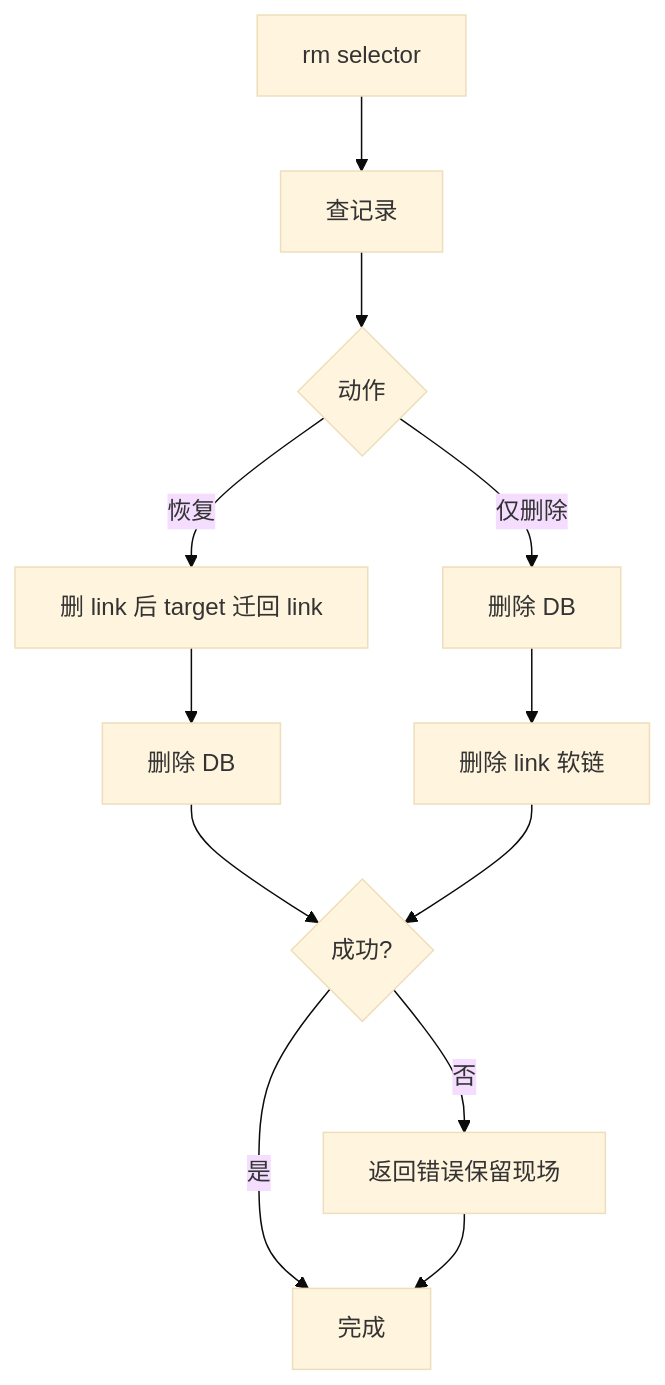
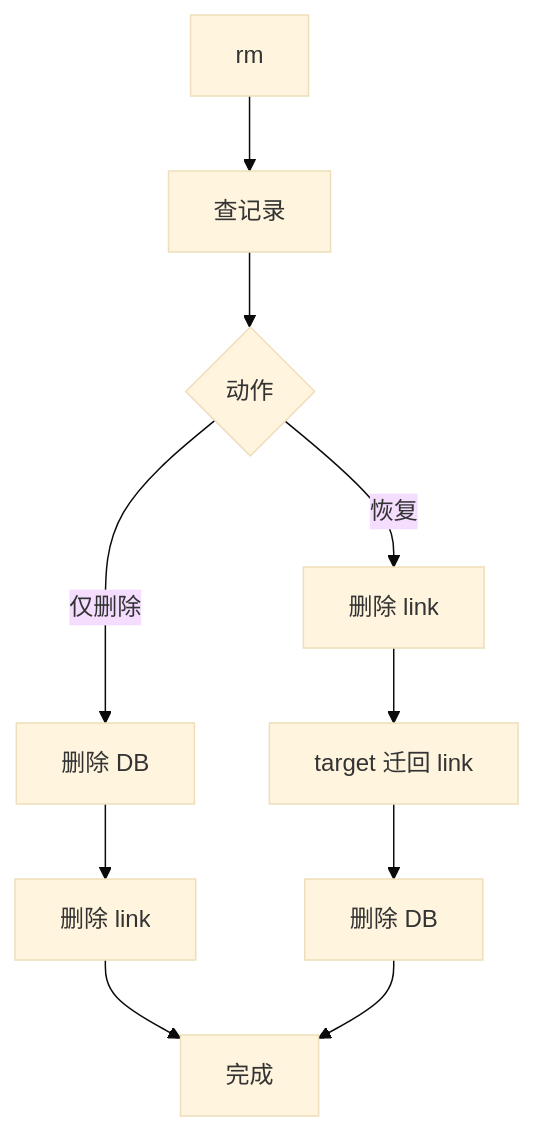
One commit to 835519608/symm changed the second of 2 diagrams in README.md. Above: the diagram before and after it, drawn with Mermaid (base theme). The commit also changed other lines of this file and 2 other files, not shown here.

````diff
--- a/README.md
+++ b/README.md
@@ -199,14 +209,12 @@
 ```mermaid
 flowchart TB
-start[rm selector] --> fetch[查记录]
+start[rm] --> fetch[查记录]
 fetch --> choose{动作}
-choose -->|仅删除| dbDelete1[删除 DB]
-choose -->|恢复| restore[删 link 后 target 迁回 link]
-restore --> dbDelete[删除 DB]
-dbDelete1 --> removeLink[删除 link 软链]
-dbDelete --> ok{成功?}
-removeLink --> ok
-ok -->|是| done[完成]
-ok -->|否| fail[返回错误保留现场]
-fail --> done
+choose -->|仅删除| db1[删除 DB]
+db1 --> rmLink[删除 link]
+choose -->|恢复| rmLink2[删除 link]
+rmLink2 --> migrate[target 迁回 link]
+migrate --> db2[删除 DB]
+rmLink --> done[完成]
+db2 --> done
 ```
````
